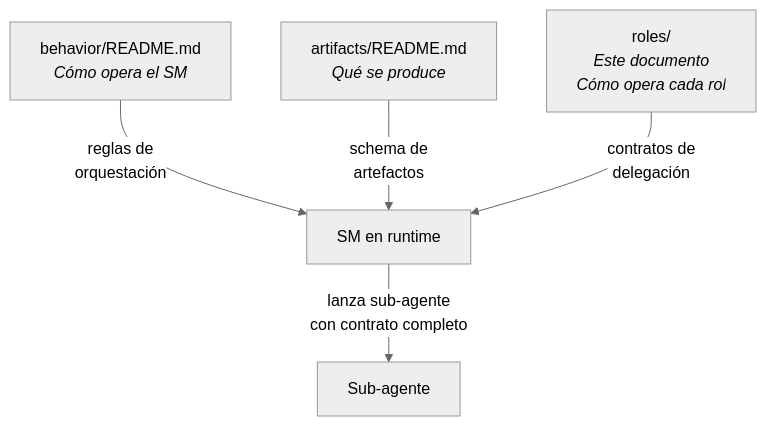
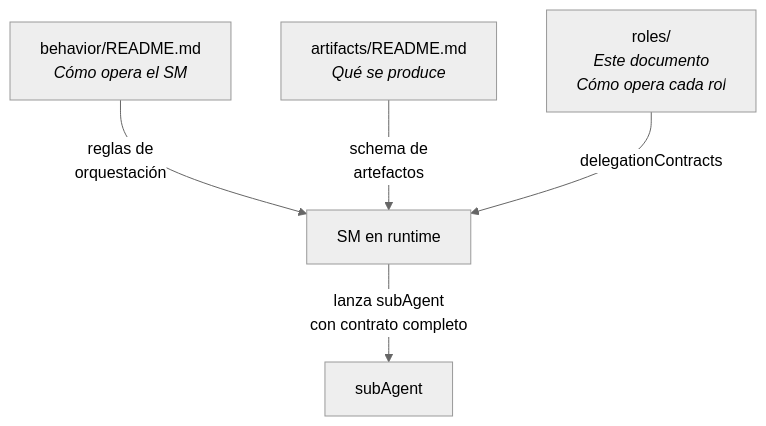
Before and after one commit to virgenherrera/idea-to-mvp: the third of 3 diagrams in docs/planning/roles/README.md, drawn with Mermaid (neutral theme). The commit also changed other lines of this file and 30 other files, not shown here.

````diff
--- a/docs/planning/roles/README.md
+++ b/docs/planning/roles/README.md
@@ -161,14 +175,14 @@
 ```mermaid
 flowchart TD
     BEHAVIOR["behavior/README.md\n<i>Cómo opera el SM</i>"]
     ARTIFACTS["artifacts/README.md\n<i>Qué se produce</i>"]
     ROLES["roles/\n<i>Este documento</i>\n<i>Cómo opera cada rol</i>"]
 
     SM_RUNTIME["SM en runtime"]
 
     BEHAVIOR -->|"reglas de\norquestación"| SM_RUNTIME
     ARTIFACTS -->|"schema de\nartefactos"| SM_RUNTIME
-    ROLES -->|"contratos de\ndelegación"| SM_RUNTIME
+    ROLES -->|"delegationContracts"| SM_RUNTIME
 
-    SM_RUNTIME -->|"lanza sub-agente\ncon contrato completo"| AGENT["Sub-agente"]
+    SM_RUNTIME -->|"lanza subAgent\ncon contrato completo"| AGENT["subAgent"]
 ```
````
